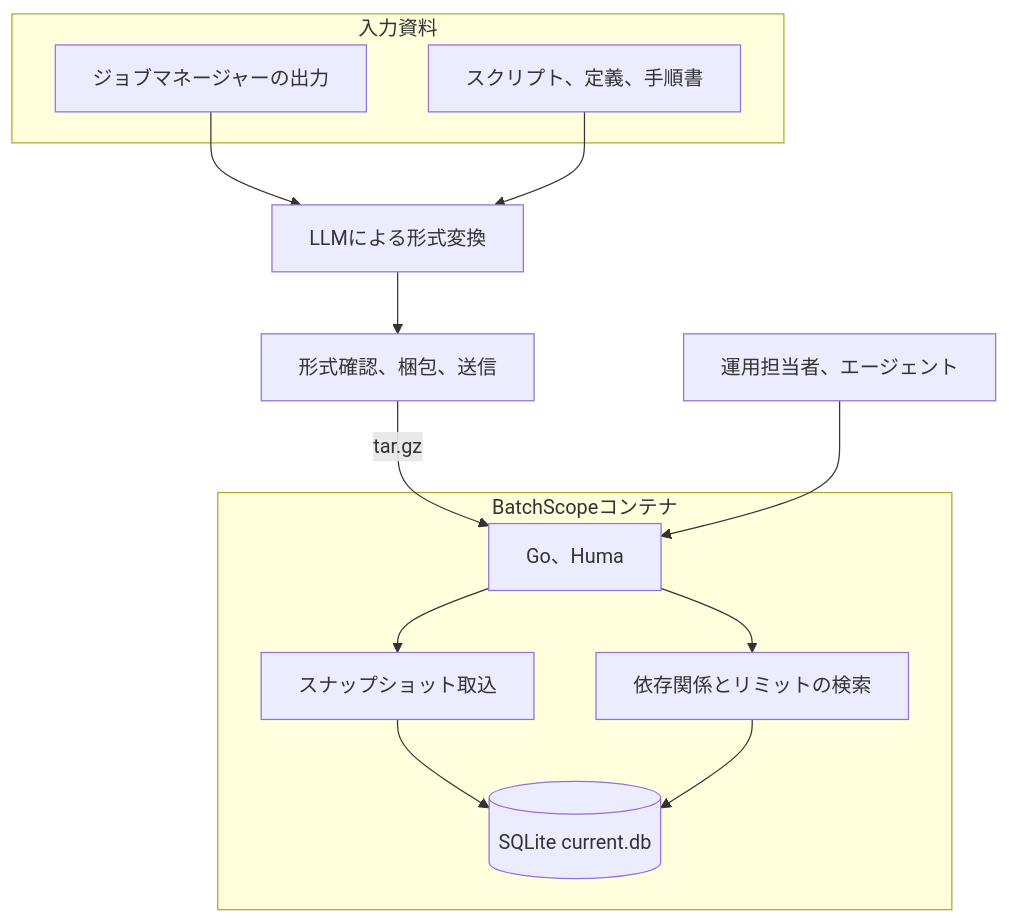
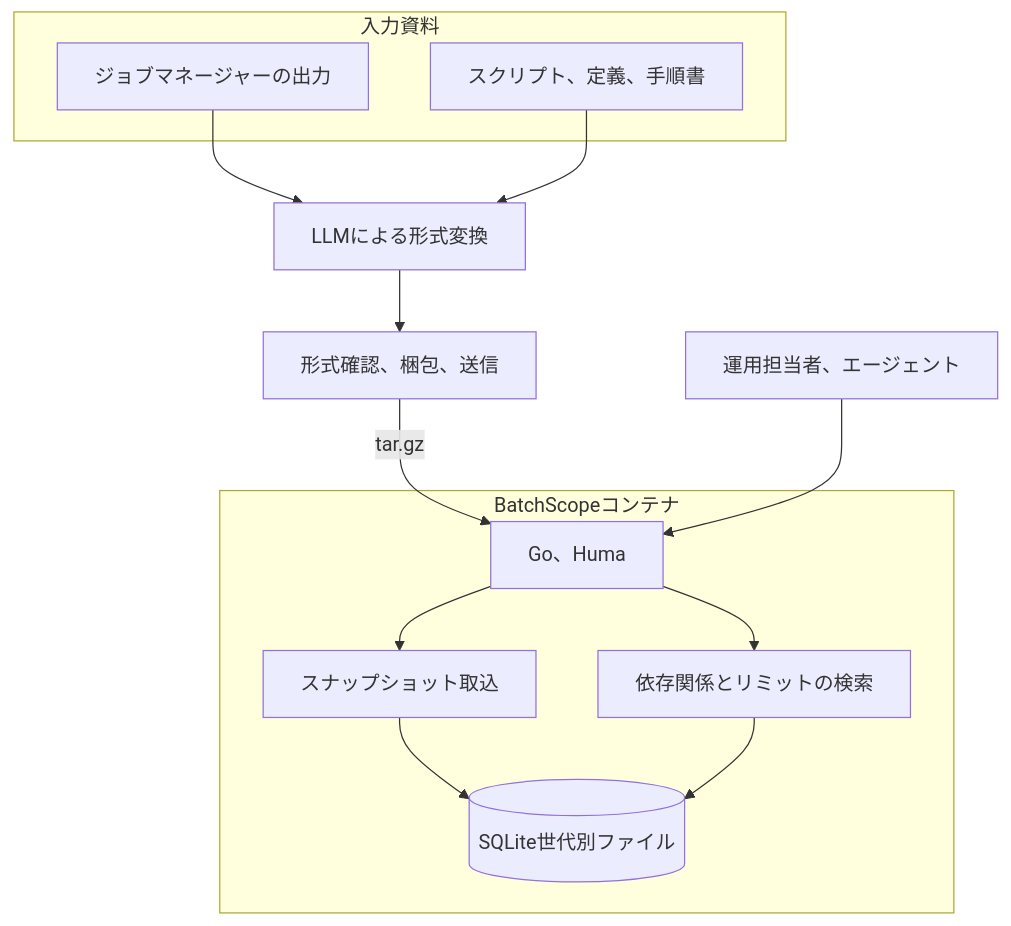
The first of 2 diagrams in docs/design/architecture.md (vnzzzz/batch-scope), drawn with Mermaid before and after one commit. The commit also changed other lines of this file and 20 other files, not shown here.

````diff
--- a/docs/design/architecture.md
+++ b/docs/design/architecture.md
@@ -5,27 +5,27 @@
 ```mermaid
 flowchart TB
     subgraph Input[入力資料]
       S[ジョブマネージャーの出力]
       X[スクリプト、定義、手順書]
     end
 
     N[LLMによる形式変換]
     V[形式確認、梱包、送信]
 
     subgraph Service[BatchScopeコンテナ]
       API[Go、Huma]
       IMP[スナップショット取込]
       AN[依存関係とリミットの検索]
-      DB[(SQLite current.db)]
+      DB[(SQLite世代別ファイル)]
       API --> IMP
       API --> AN
       IMP --> DB
       AN --> DB
     end
 
     S --> N
     X --> N
     N --> V
     V -->|tar.gz| API
     U[運用担当者、エージェント] --> API
 ```
````
